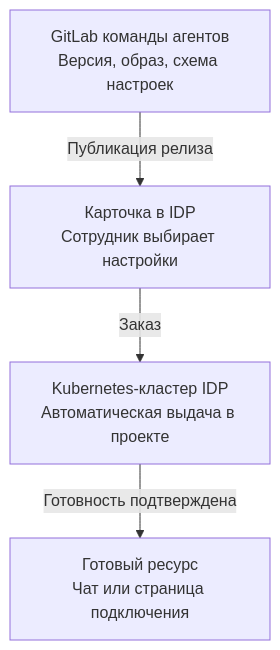
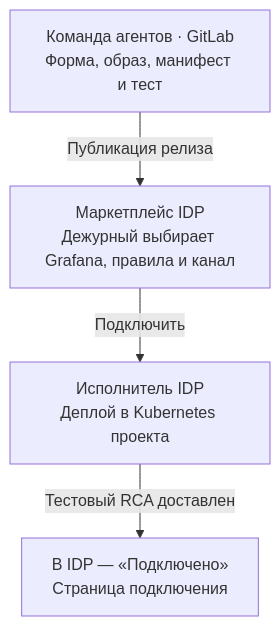
The diagram in README.md (Dmitriy-Pozdnyakov/agents-marketplace), drawn with Mermaid before and after one commit. The commit also changed other lines of this file and 9 other files, not shown here.

Commit message:
Описать прямой деплой SRE-агента в Kubernetes IDP

````diff
--- a/README.md
+++ b/README.md
@@ -29,10 +23,10 @@
 ```mermaid
 flowchart TD
-    Git["GitLab команды агентов<br/>Версия, образ, схема настроек"]
-    IDP["Карточка в IDP<br/>Сотрудник выбирает настройки"]
-    Run["Kubernetes-кластер IDP<br/>Автоматическая выдача в проекте"]
-    Use["Готовый ресурс<br/>Чат или страница подключения"]
-    Git -->|Публикация релиза| IDP
-    IDP -->|Заказ| Run
-    Run -->|Готовность подтверждена| Use
+    Team["Команда агентов · GitLab<br/>Форма, образ, манифест и тест"]
+    Card["Маркетплейс IDP<br/>Дежурный выбирает Grafana, правила и канал"]
+    Deploy["Исполнитель IDP<br/>Деплой в Kubernetes проекта"]
+    Ready["В IDP — «Подключено»<br/>Страница подключения"]
+    Team -->|Публикация релиза| Card
+    Card -->|Подключить| Deploy
+    Deploy -->|Тестовый RCA доставлен| Ready
 ```
````
